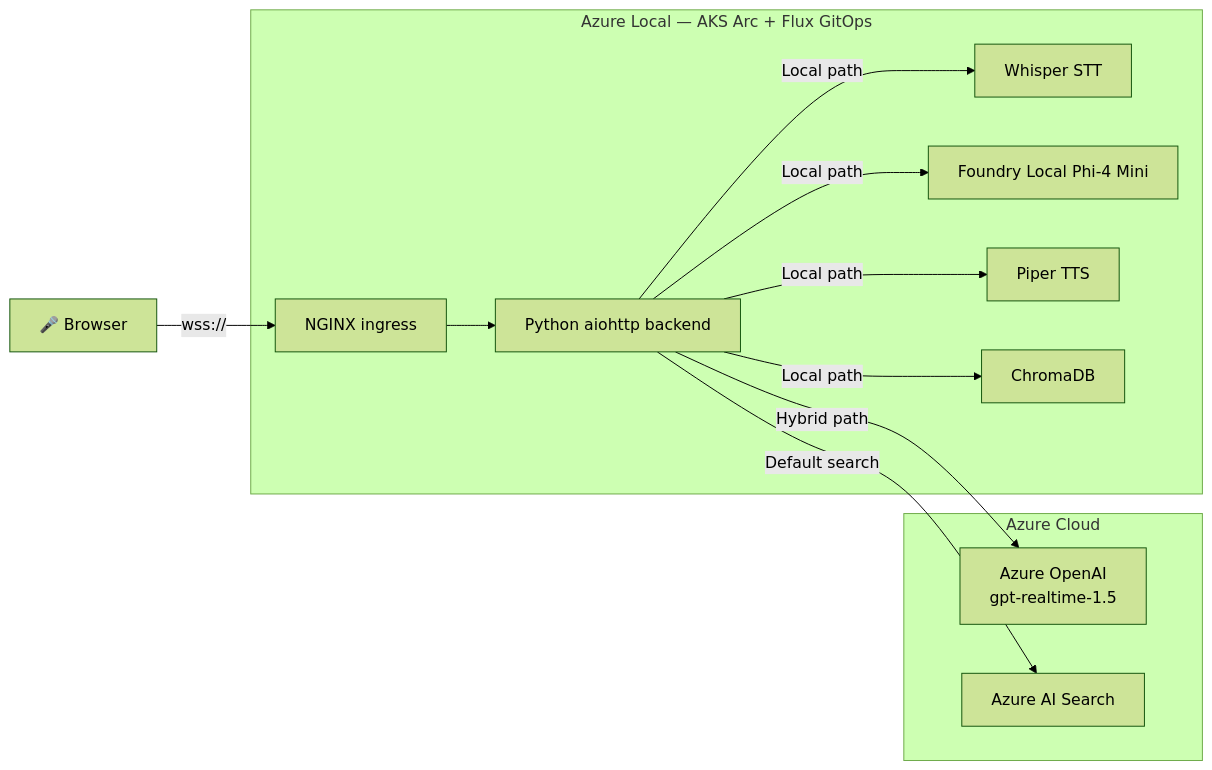
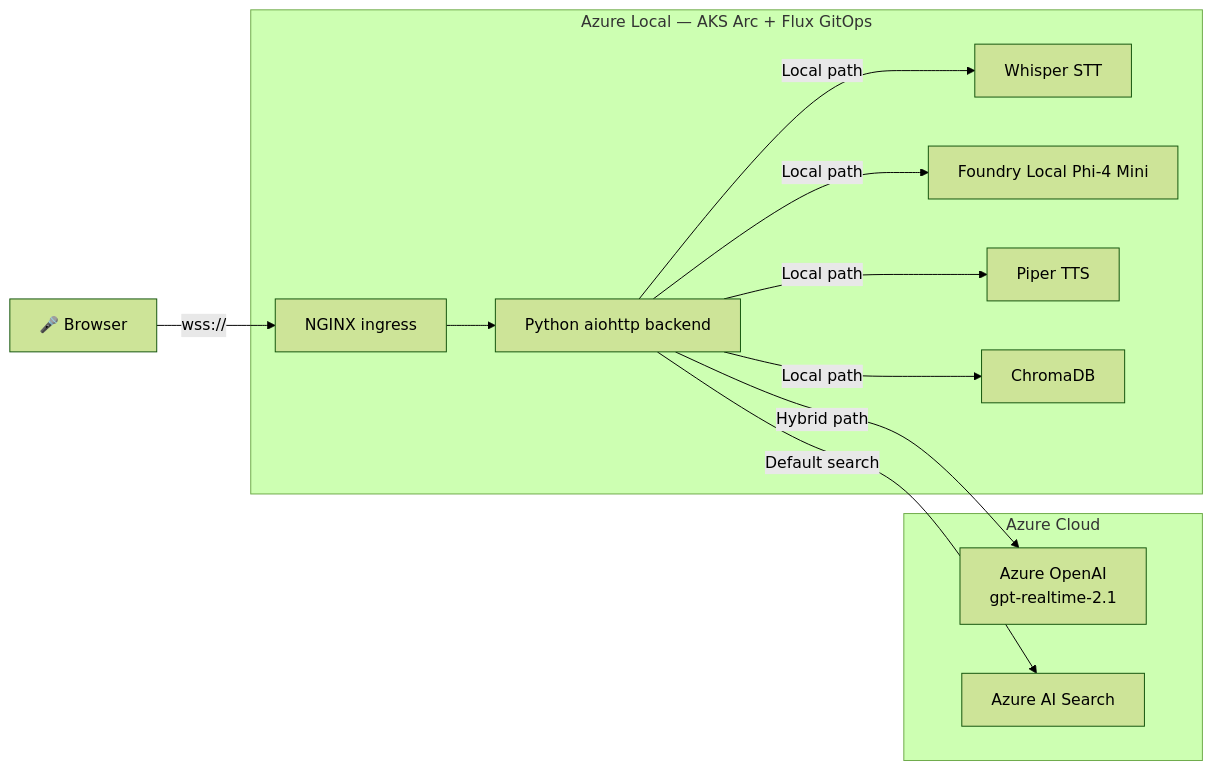
Before and after one commit to swigerb/dunkin-chat-voice-assistant: the diagram in docs/demo-guide.md, drawn with Mermaid (forest theme). The commit also changed other lines of this file and 19 other files, not shown here.

First line of the commit message:
feat(realtime): target gpt-realtime-2.1 with reasoning effort low

````diff
--- a/docs/demo-guide.md
+++ b/docs/demo-guide.md
@@ -105,25 +105,25 @@
 ```mermaid
 graph LR
     Browser["🎤 Browser"] -->|"wss://"| Ingress["NGINX ingress"]
     Ingress --> Backend["Python aiohttp backend"]
-    Backend -->|"Hybrid path"| AzureOAI["Azure OpenAI<br/>gpt-realtime-1.5"]
+    Backend -->|"Hybrid path"| AzureOAI["Azure OpenAI<br/>gpt-realtime-2.1"]
     Backend -->|"Default search"| AzureSearch["Azure AI Search"]
     Backend -->|"Local path"| Whisper["Whisper STT"]
     Backend -->|"Local path"| Phi4["Foundry Local Phi-4 Mini"]
     Backend -->|"Local path"| Piper["Piper TTS"]
     Backend -->|"Local path"| ChromaDB["ChromaDB"]
 
     subgraph Edge["Azure Local — AKS Arc + Flux GitOps"]
         Ingress
         Backend
         Whisper
         Phi4
         Piper
         ChromaDB
     end
 
     subgraph Cloud["Azure Cloud"]
         AzureOAI
         AzureSearch
     end
 ```
````
